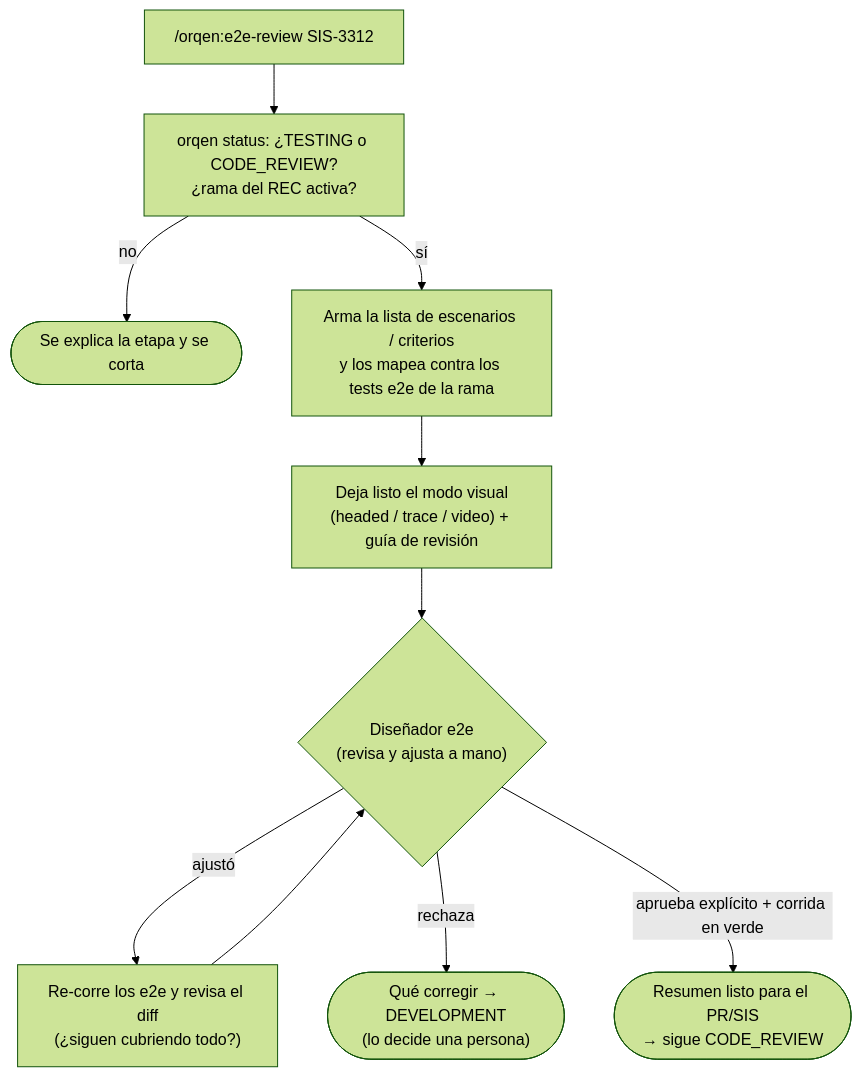
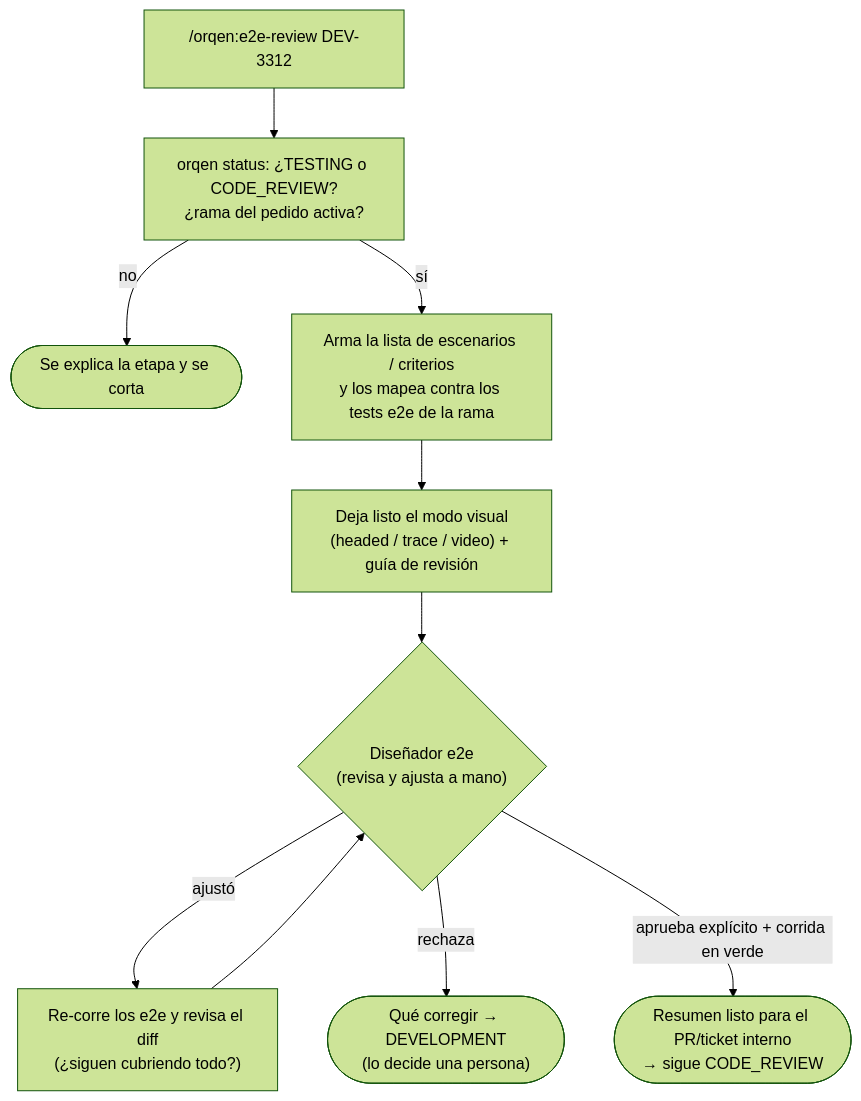
Before and after one commit to sistemas-telpin/orqen: the fourth of 7 diagrams in README.md, drawn with Mermaid (forest theme). The commit also changed other lines of this file and 106 other files, not shown here.

````diff
--- a/README.md
+++ b/README.md
@@ -192,11 +192,11 @@
 ```mermaid
 flowchart TD
-    A["/orqen:e2e-review SIS-3312"] --> B["orqen status: ¿TESTING o CODE_REVIEW?<br/>¿rama del REC activa?"]
+    A["/orqen:e2e-review DEV-3312"] --> B["orqen status: ¿TESTING o CODE_REVIEW?<br/>¿rama del pedido activa?"]
     B -->|"no"| X(["Se explica la etapa y se corta"])
     B -->|"sí"| C["Arma la lista de escenarios / criterios<br/>y los mapea contra los tests e2e de la rama"]
     C --> D["Deja listo el modo visual<br/>(headed / trace / video) + guía de revisión"]
     D --> E{"Diseñador e2e<br/>(revisa y ajusta a mano)"}
     E -->|"ajustó"| F["Re-corre los e2e y revisa el diff<br/>(¿siguen cubriendo todo?)"] --> E
     E -->|"rechaza"| R(["Qué corregir → DEVELOPMENT<br/>(lo decide una persona)"])
-    E -->|"aprueba explícito + corrida en verde"| G(["Resumen listo para el PR/SIS<br/>→ sigue CODE_REVIEW"])
+    E -->|"aprueba explícito + corrida en verde"| G(["Resumen listo para el PR/ticket interno<br/>→ sigue CODE_REVIEW"])
 ```
````
